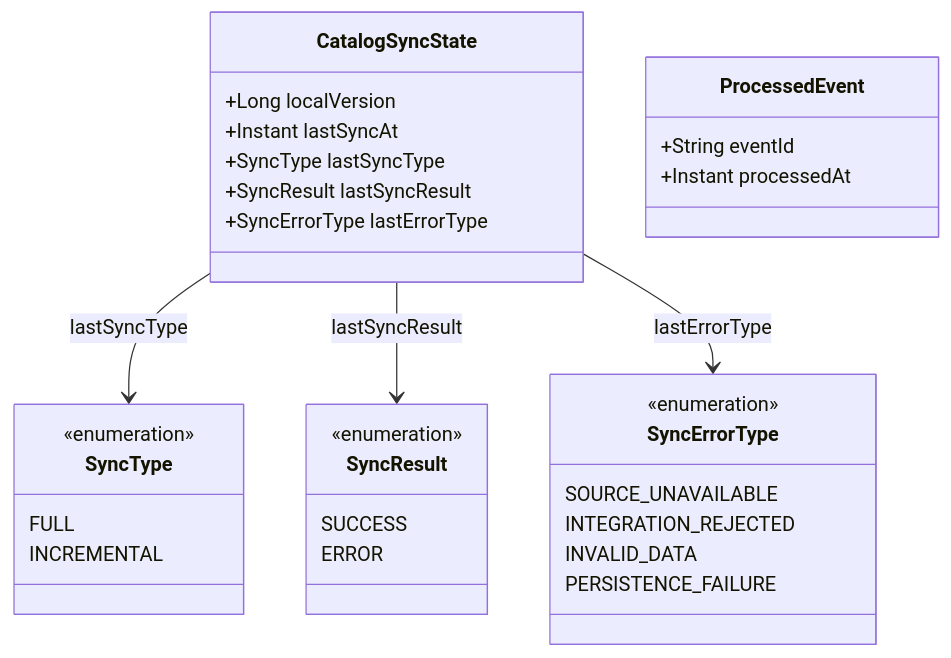
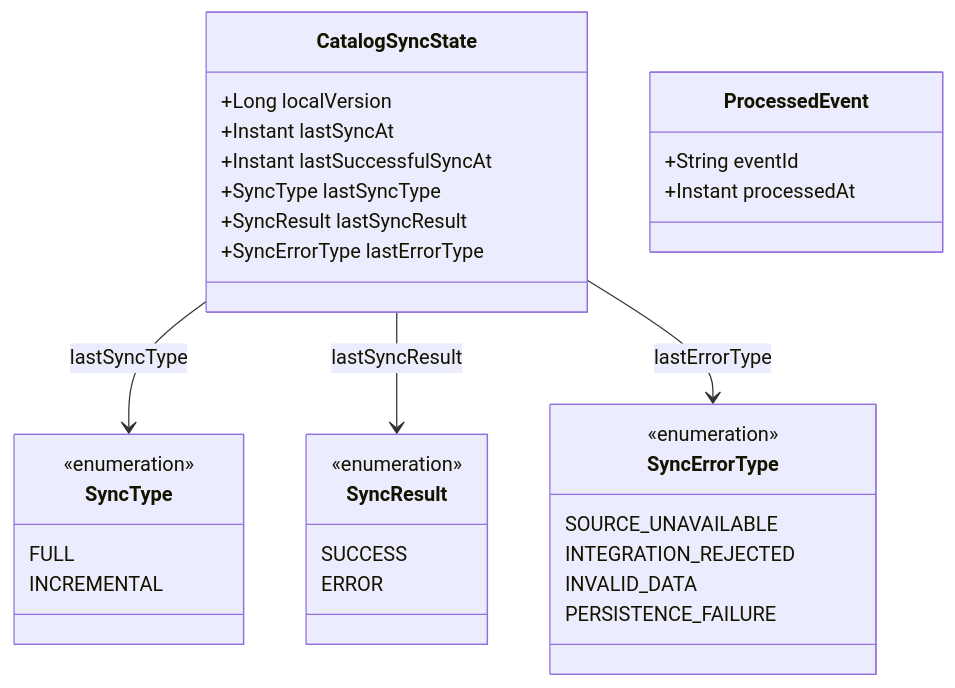
One commit to Programacion2-IgnacioMilutin-2026/catalogo_service changed the second of 2 diagrams in docs/catalogo_y_sincronizacion_dominio.md. Above: the diagram before and after it, drawn with Mermaid. The commit also changed other lines of this file and 6 other files, not shown here.

````diff
--- a/docs/catalogo_y_sincronizacion_dominio.md
+++ b/docs/catalogo_y_sincronizacion_dominio.md
@@ -47,34 +47,35 @@
 ```mermaid
 classDiagram
     class CatalogSyncState {
         +Long localVersion
         +Instant lastSyncAt
+        +Instant lastSuccessfulSyncAt
         +SyncType lastSyncType
         +SyncResult lastSyncResult
         +SyncErrorType lastErrorType
     }
     class SyncType {
         <<enumeration>>
         FULL
         INCREMENTAL
     }
     class SyncResult {
         <<enumeration>>
         SUCCESS
         ERROR
     }
     class SyncErrorType {
         <<enumeration>>
         SOURCE_UNAVAILABLE
         INTEGRATION_REJECTED
         INVALID_DATA
         PERSISTENCE_FAILURE
     }
     class ProcessedEvent {
         +String eventId
         +Instant processedAt
     }
     CatalogSyncState --> SyncType : lastSyncType
     CatalogSyncState --> SyncResult : lastSyncResult
     CatalogSyncState --> SyncErrorType : lastErrorType
 ```
````
